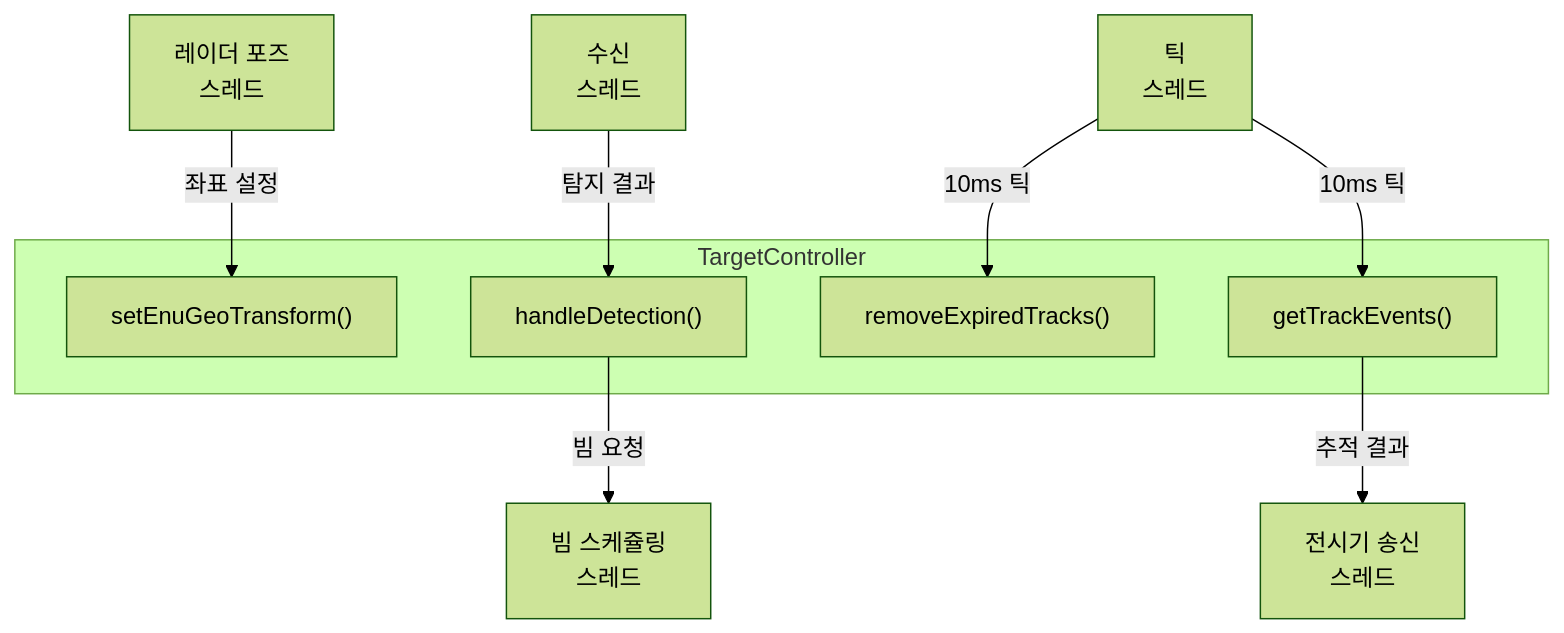
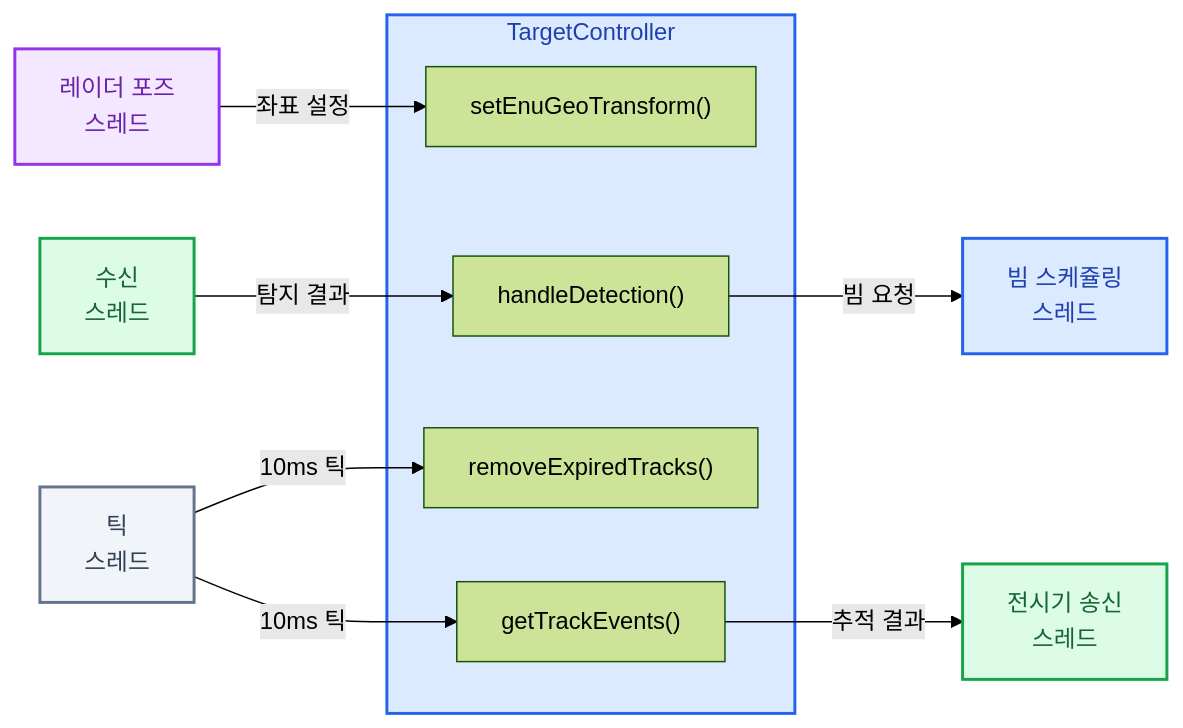
Before and after one commit to AESAlien/aesa-processor: the first of 3 diagrams in src/target/README.md, drawn with Mermaid (forest theme). The commit also changed other lines of this file and 6 other files, not shown here.

First line of the commit message:
docs: README의 시스템 구조와 모듈별 다이어그램 정비

````diff
--- a/src/target/README.md
+++ b/src/target/README.md
@@ -5,22 +5,33 @@
 ```mermaid
-flowchart TB
+flowchart LR
     CommReceiveWorker[수신<br/>스레드]
     PoseWorker[레이더 포즈<br/>스레드]
     TickWorker[틱<br/>스레드]
     BeamWorker[빔 스케쥴링<br/>스레드]
     ConsoleSendWorker[전시기 송신<br/>스레드]
 
     subgraph TargetController
         setEnuGeoTransform["setEnuGeoTransform()"]
         handleDetection["handleDetection()"]
         removeExpiredTracks["removeExpiredTracks()"]
         getTrackEvents["getTrackEvents()"]
     end
 
     CommReceiveWorker -->|탐지 결과| handleDetection
     PoseWorker -->|좌표 설정| setEnuGeoTransform
     handleDetection -->|빔 요청| BeamWorker
     TickWorker -->|10ms 틱| removeExpiredTracks
     TickWorker -->|10ms 틱| getTrackEvents
     getTrackEvents -->|추적 결과| ConsoleSendWorker
+
+    classDef communication fill:#DCFCE7,stroke:#16A34A,color:#166534,stroke-width:2px
+    classDef processing fill:#DBEAFE,stroke:#2563EB,color:#1E40AF,stroke-width:2px
+    classDef utility fill:#F3E8FF,stroke:#9333EA,color:#6B21A8,stroke-width:2px
+    classDef control fill:#F1F5F9,stroke:#64748B,color:#334155,stroke-width:2px
+
+    class CommReceiveWorker,ConsoleSendWorker communication
+    class BeamWorker processing
+    class PoseWorker utility
+    class TickWorker control
+    style TargetController fill:#DBEAFE,stroke:#2563EB,color:#1E40AF,stroke-width:2px
 ```
````
